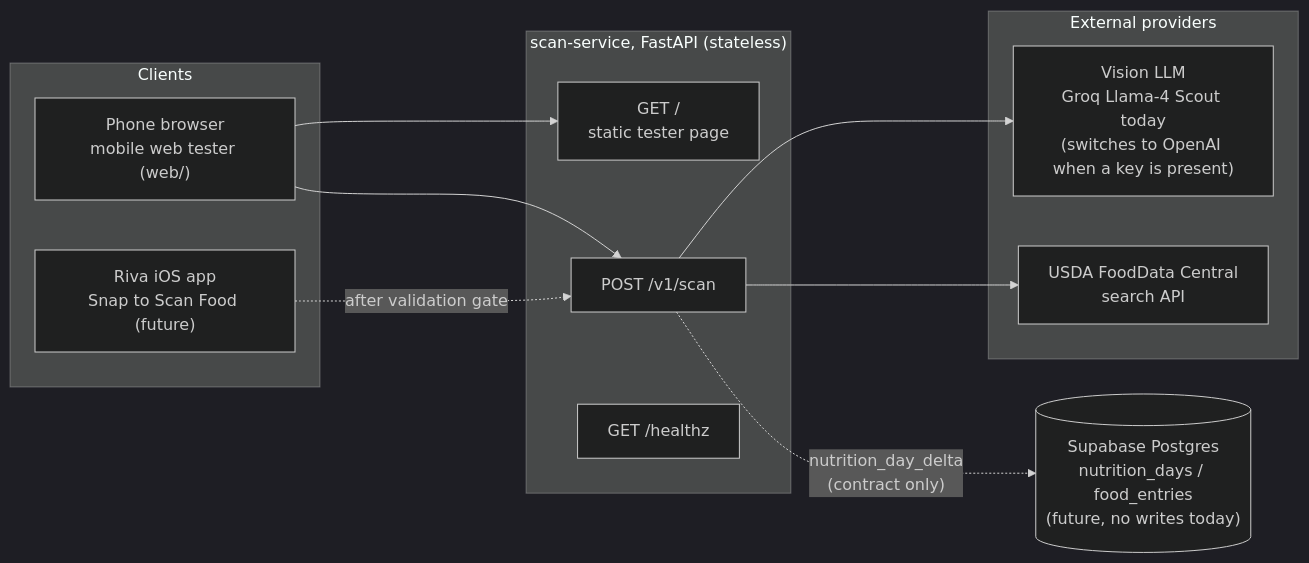
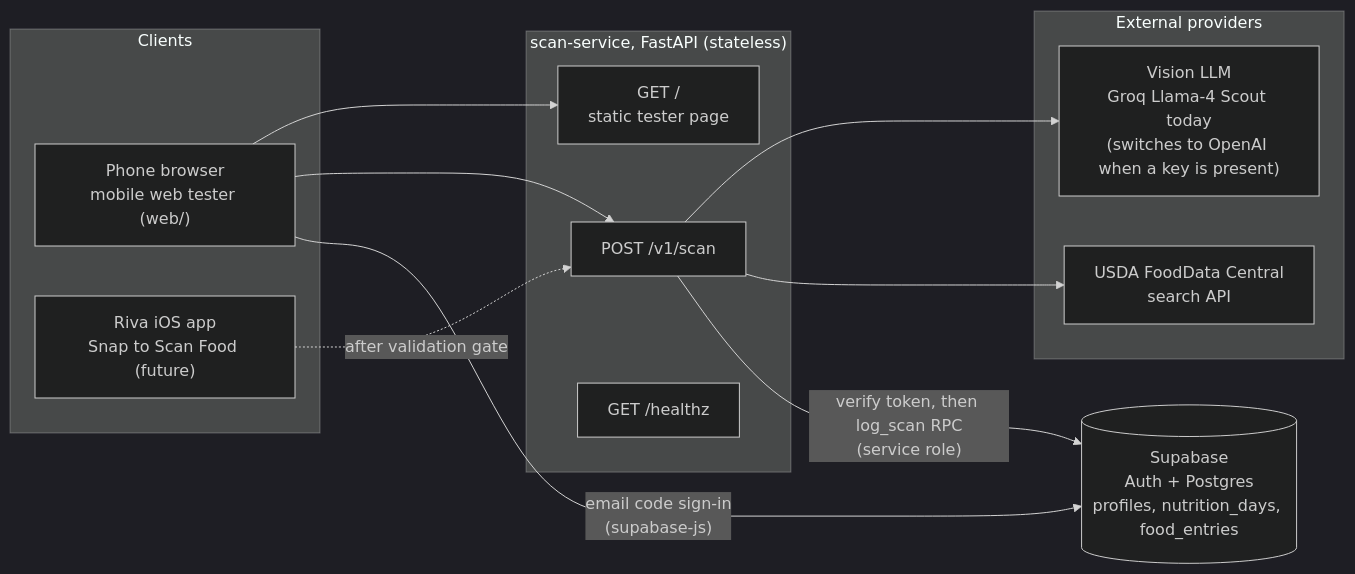
One commit to ashutoshanandmehta/Riva-Snap changed the first of 4 diagrams in ARCHITECTURE.md. Above: the diagram before and after it, drawn with Mermaid (dark theme). The commit also changed other lines of this file and 9 other files, not shown here.

Commit message:
Integrate Supabase backend: email OTP auth, food_entries + nutrition_days logging

````diff
--- a/ARCHITECTURE.md
+++ b/ARCHITECTURE.md
@@ -9,27 +9,28 @@
 ```mermaid
 flowchart LR
     subgraph Clients
         PHONE["Phone browser<br/>mobile web tester (web/)"]
         IOS["Riva iOS app<br/>Snap to Scan Food (future)"]
     end
 
     subgraph SVC["scan-service, FastAPI (stateless)"]
         WEB["GET /<br/>static tester page"]
         API["POST /v1/scan"]
         HZ["GET /healthz"]
     end
 
     subgraph Providers["External providers"]
         LLM["Vision LLM<br/>Groq Llama-4 Scout today<br/>(switches to OpenAI when a key is present)"]
         FDC["USDA FoodData Central<br/>search API"]
     end
 
-    DB[("Supabase Postgres<br/>nutrition_days / food_entries<br/>(future, no writes today)")]
+    SB[("Supabase<br/>Auth + Postgres<br/>profiles, nutrition_days, food_entries")]
 
     PHONE --> WEB
     PHONE --> API
+    PHONE -- "email code sign-in<br/>(supabase-js)" --> SB
     IOS -. "after validation gate" .-> API
     API --> LLM
     API --> FDC
-    API -. "nutrition_day_delta<br/>(contract only)" .-> DB
+    API -- "verify token, then log_scan RPC<br/>(service role)" --> SB
 ```
````
